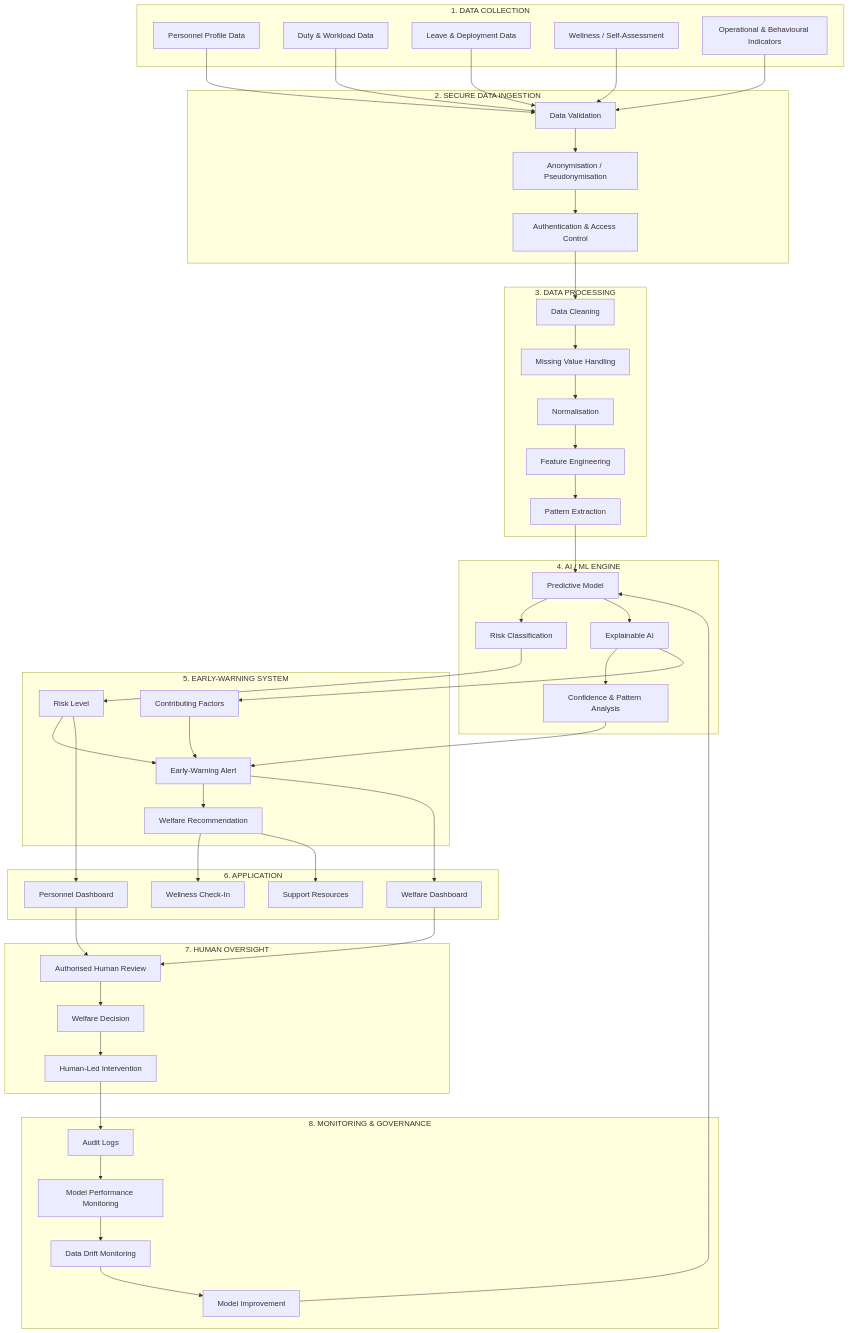
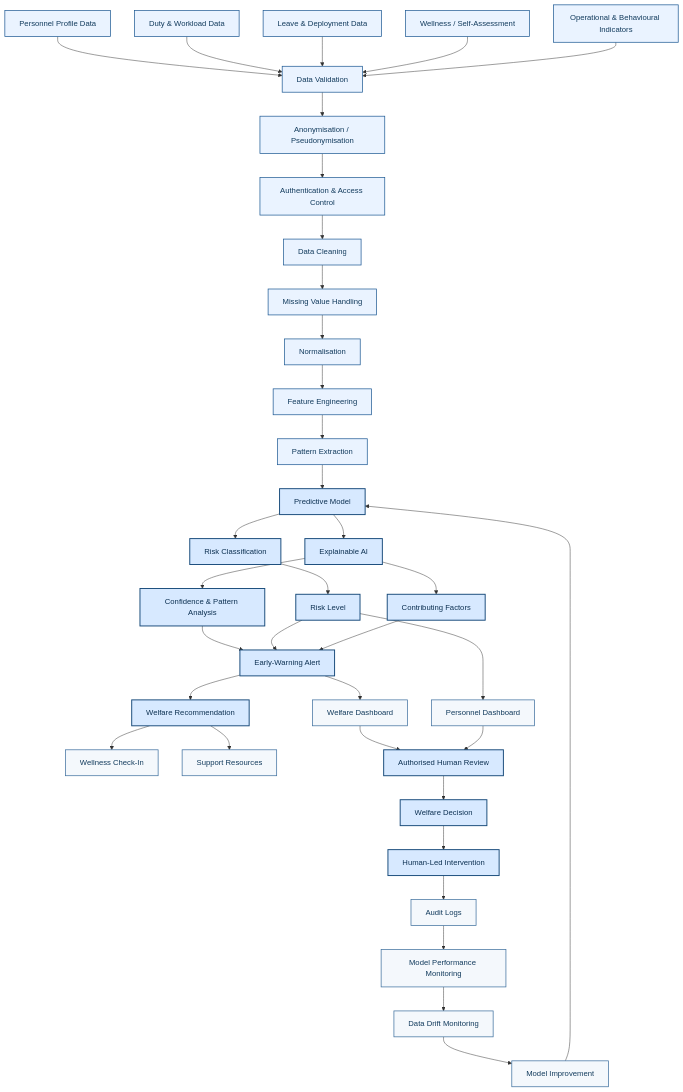
One commit to ankita06nandy/ManRaksh changed the first of 6 diagrams in README.md. Above: the diagram before and after it, drawn with Mermaid.

Commit message:
Refactor solution architecture diagram in README

````diff
--- a/README.md
+++ b/README.md
@@ -69,61 +69,81 @@
 ```mermaid
-flowchart TB
+flowchart TD
 
-    subgraph DATA["1. DATA COLLECTION"]
-        D1["Personnel Profile Data"]
-        D2["Duty & Workload Data"]
-        D3["Leave & Deployment Data"]
-        D4["Wellness / Self-Assessment"]
-        D5["Operational & Behavioural Indicators"]
-    end
+    %% =====================================================
+    %% 1. DATA COLLECTION
+    %% =====================================================
 
-    subgraph SECURITY["2. SECURE DATA INGESTION"]
-        S1["Data Validation"]
-        S2["Anonymisation / Pseudonymisation"]
-        S3["Authentication & Access Control"]
-    end
+    D1["Personnel Profile Data"]
+    D2["Duty & Workload Data"]
+    D3["Leave & Deployment Data"]
+    D4["Wellness / Self-Assessment"]
+    D5["Operational & Behavioural Indicators"]
 
-    subgraph PROCESSING["3. DATA PROCESSING"]
-        P1["Data Cleaning"]
-        P2["Missing Value Handling"]
-        P3["Normalisation"]
-        P4["Feature Engineering"]
-        P5["Pattern Extraction"]
-    end
+    %% =====================================================
+    %% 2. SECURE DATA INGESTION
+    %% =====================================================
 
-    subgraph ML["4. AI / ML ENGINE"]
-        M1["Predictive Model"]
-        M2["Risk Classification"]
-        M3["Explainable AI"]
-        M4["Confidence & Pattern Analysis"]
-    end
+    S1["Data Validation"]
+    S2["Anonymisation / Pseudonymisation"]
+    S3["Authentication & Access Control"]
 
-    subgraph WARNING["5. EARLY-WARNING SYSTEM"]
-        W1["Risk Level"]
-        W2["Contributing Factors"]
-        W3["Early-Warning Alert"]
-        W4["Welfare Recommendation"]
-    end
+    %% =====================================================
+    %% 3. DATA PROCESSING
+    %% =====================================================
 
-    subgraph APPLICATION["6. APPLICATION"]
-        A1["Personnel Dashboard"]
-        A2["Wellness Check-In"]
-        A3["Welfare Dashboard"]
-        A4["Support Resources"]
-    end
+    P1["Data Cleaning"]
+    P2["Missing Value Handling"]
+    P3["Normalisation"]
+    P4["Feature Engineering"]
+    P5["Pattern Extraction"]
 
-    subgraph HUMAN["7. HUMAN OVERSIGHT"]
-        H1["Authorised Human Review"]
-        H2["Welfare Decision"]
-        H3["Human-Led Intervention"]
-    end
+    %% =====================================================
+    %% 4. AI / ML ENGINE
+    %% =====================================================
 
-    subgraph MONITORING["8. MONITORING & GOVERNANCE"]
-        G1["Audit Logs"]
-        G2["Model Performance Monitoring"]
-        G3["Data Drift Monitoring"]
-        G4["Model Improvement"]
-    end
+    M1["Predictive Model"]
+    M2["Risk Classification"]
+    M3["Explainable AI"]
+    M4["Confidence & Pattern Analysis"]
+
+    %% =====================================================
+    %% 5. EARLY-WARNING SYSTEM
+    %% =====================================================
+
+    W1["Risk Level"]
+    W2["Contributing Factors"]
+    W3["Early-Warning Alert"]
+    W4["Welfare Recommendation"]
+
+    %% =====================================================
+    %% 6. APPLICATION
+    %% =====================================================
+
+    A1["Personnel Dashboard"]
+    A2["Wellness Check-In"]
+    A3["Welfare Dashboard"]
+    A4["Support Resources"]
+
+    %% =====================================================
+    %% 7. HUMAN OVERSIGHT
+    %% =====================================================
+
+    H1["Authorised Human Review"]
+    H2["Welfare Decision"]
+    H3["Human-Led Intervention"]
+
+    %% =====================================================
+    %% 8. MONITORING & GOVERNANCE
+    %% =====================================================
+
+    G1["Audit Logs"]
+    G2["Model Performance Monitoring"]
+    G3["Data Drift Monitoring"]
+    G4["Model Improvement"]
+
+    %% =====================================================
+    %% DATA COLLECTION → SECURE INGESTION
+    %% =====================================================
 
     D1 --> S1
     D2 --> S1
@@ -133,6 +153,11 @@
 
     S1 --> S2
     S2 --> S3
+
+    %% =====================================================
+    %% SECURE INGESTION → DATA PROCESSING
+    %% =====================================================
+
     S3 --> P1
 
     P1 --> P2
@@ -140,31 +165,92 @@
     P3 --> P4
     P4 --> P5
 
+    %% =====================================================
+    %% DATA PROCESSING → AI / ML
+    %% =====================================================
+
     P5 --> M1
+
     M1 --> M2
     M1 --> M3
     M3 --> M4
 
+    %% =====================================================
+    %% AI / ML → EARLY WARNING
+    %% =====================================================
+
     M2 --> W1
     M3 --> W2
     M4 --> W3
+
     W1 --> W3
     W2 --> W3
     W3 --> W4
+
+    %% =====================================================
+    %% EARLY WARNING → APPLICATION
+    %% =====================================================
 
     W1 --> A1
     W4 --> A2
     W4 --> A4
     W3 --> A3
 
+    %% =====================================================
+    %% APPLICATION → HUMAN OVERSIGHT
+    %% =====================================================
+
     A3 --> H1
     A1 --> H1
+
     H1 --> H2
     H2 --> H3
+
+    %% =====================================================
+    %% HUMAN OVERSIGHT → MONITORING
+    %% =====================================================
 
     H3 --> G1
     G1 --> G2
     G2 --> G3
     G3 --> G4
+
+    %% =====================================================
+    %% CONTINUOUS MODEL IMPROVEMENT
+    %% =====================================================
+
     G4 --> M1
+
+
+    %% =====================================================
+    %% FORMAL ARCHITECTURE-STYLE COLOURING
+    %% =====================================================
+
+    classDef main fill:#EAF3FF,stroke:#1F5A94,stroke-width:1.5px,color:#123B5D;
+    classDef analysis fill:#D7E9FF,stroke:#174A7A,stroke-width:2px,color:#0D3152;
+    classDef outcome fill:#F4F8FC,stroke:#3D6F9E,stroke-width:1.5px,color:#123B5D;
+
+    %% Data Collection
+    class D1,D2,D3,D4,D5 main;
+
+    %% Secure Data Ingestion
+    class S1,S2,S3 main;
+
+    %% Data Processing
+    class P1,P2,P3,P4,P5 main;
+
+    %% AI / ML Engine
+    class M1,M2,M3,M4 analysis;
+
+    %% Early-Warning System
+    class W1,W2,W3,W4 analysis;
+
+    %% Application
+    class A1,A2,A3,A4 outcome;
+
+    %% Human Oversight
+    class H1,H2,H3 analysis;
+
+    %% Monitoring & Governance
+    class G1,G2,G3,G4 outcome;
 ```
````
